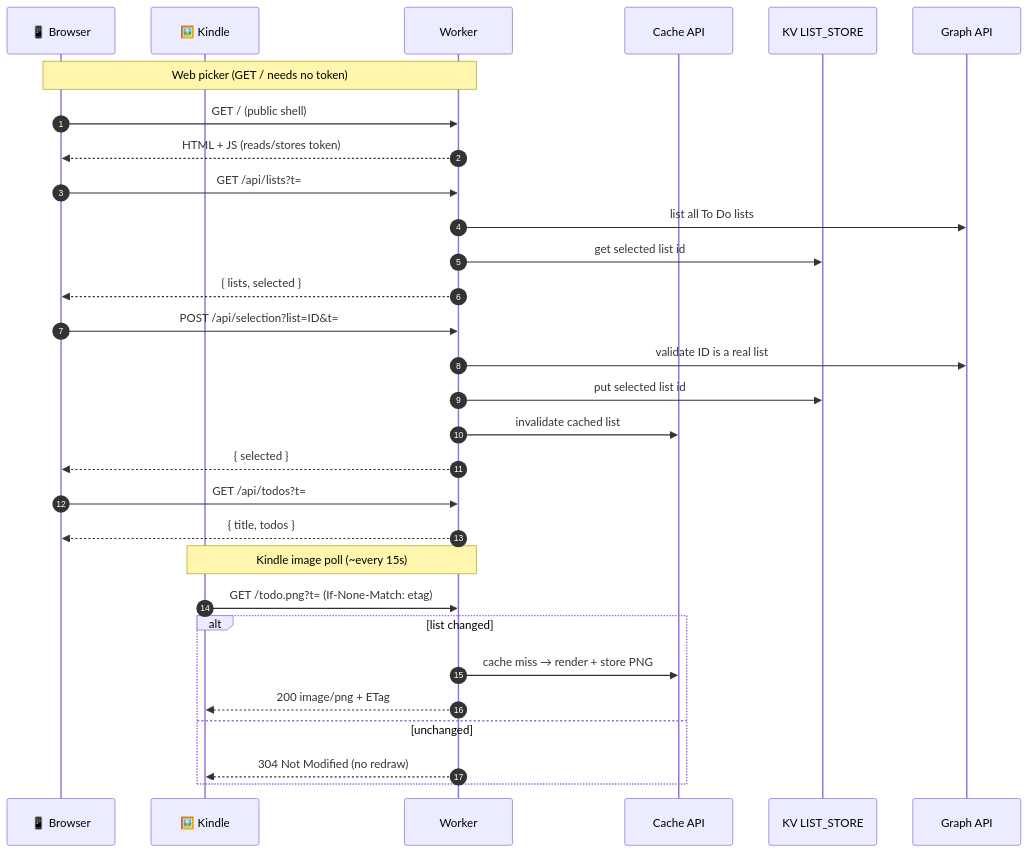
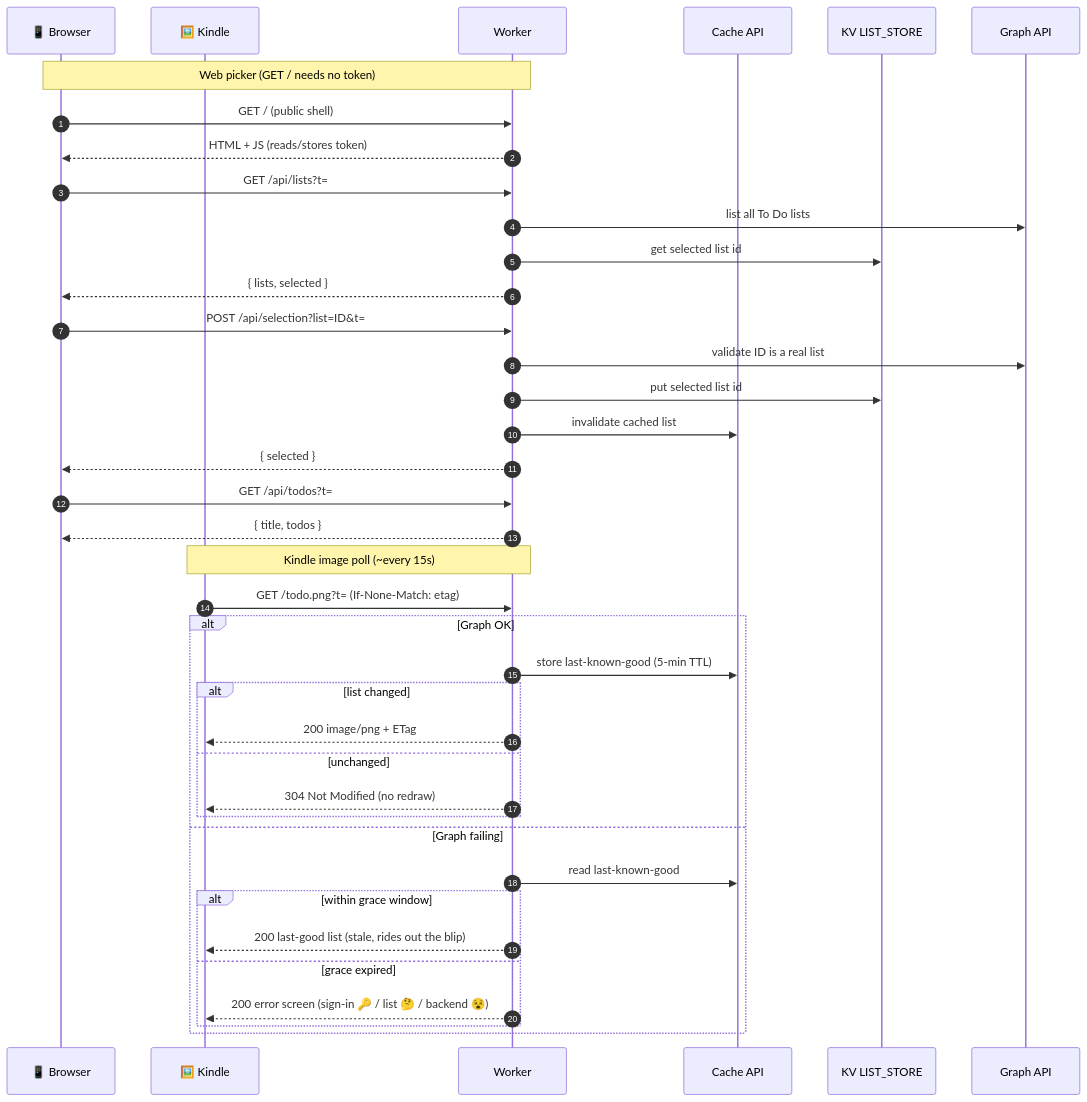
The third of 4 diagrams in README.md (dalager/kindle-todo), drawn with Mermaid before and after one commit. The commit also changed other lines of this file, not shown here.

Commit message:
Update sequence diagrams for FLINTENSITY lookup and error modes
- Endpoints diagram: /todo.png now shows last-known-good grace and the
  rendered error screens on Graph failure.
- Boot diagram: config sourced first (TODO_TOKEN, FLINTENSITY, BASE_URL),
  the DISABLE kill-switch, frontlight from FLINTENSITY, and the device
  drawing a local error PNG after ~4 failed polls.

````diff
--- a/README.md
+++ b/README.md
@@ -129,34 +129,43 @@
 ```mermaid
 sequenceDiagram
     autonumber
     participant B as 📱 Browser
     participant K as 🖼️ Kindle
     participant W as Worker
     participant C as Cache API
     participant KV as KV LIST_STORE
     participant G as Graph API
 
     Note over B,W: Web picker (GET / needs no token)
     B->>W: GET / (public shell)
     W-->>B: HTML + JS (reads/stores token)
     B->>W: GET /api/lists?t=
     W->>G: list all To Do lists
     W->>KV: get selected list id
     W-->>B: { lists, selected }
     B->>W: POST /api/selection?list=ID&t=
     W->>G: validate ID is a real list
     W->>KV: put selected list id
     W->>C: invalidate cached list
     W-->>B: { selected }
     B->>W: GET /api/todos?t=
     W-->>B: { title, todos }
 
     Note over K,W: Kindle image poll (~every 15s)
     K->>W: GET /todo.png?t= (If-None-Match: etag)
-    alt list changed
-        W->>C: cache miss → render + store PNG
-        W-->>K: 200 image/png + ETag
-    else unchanged
-        W-->>K: 304 Not Modified (no redraw)
+    alt Graph OK
+        W->>C: store last-known-good (5-min TTL)
+        alt list changed
+            W-->>K: 200 image/png + ETag
+        else unchanged
+            W-->>K: 304 Not Modified (no redraw)
+        end
+    else Graph failing
+        W->>C: read last-known-good
+        alt within grace window
+            W-->>K: 200 last-good list (stale, rides out the blip)
+        else grace expired
+            W-->>K: 200 error screen (sign-in 🔑 / list 🤔 / backend 😵)
+        end
     end
 ```
````
